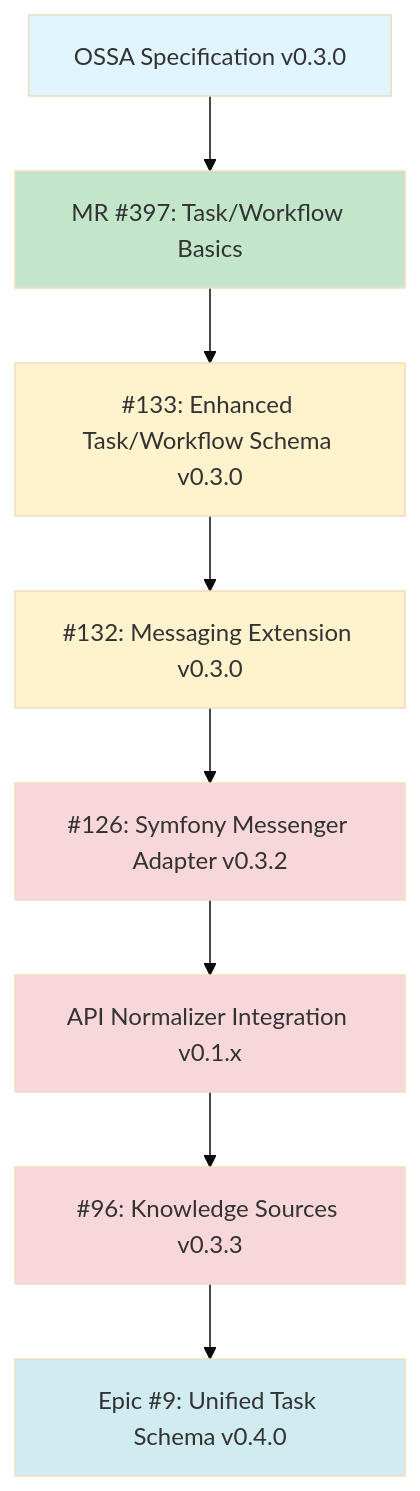
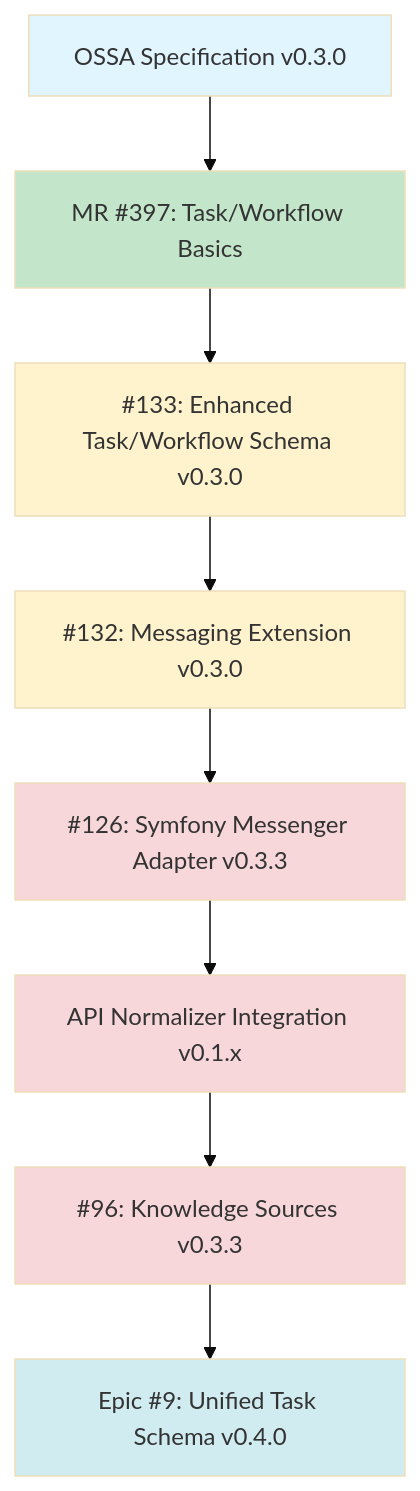
One commit to blueflyio/openstandardagents changed the diagram in docs/roadmap/v0.3.x-to-v0.4.0.md. Above: the diagram before and after it, drawn with Mermaid (base theme). The commit also changed other lines of this file and 238 other files, not shown here.

````diff
--- a/docs/roadmap/v0.3.x-to-v0.4.0.md
+++ b/docs/roadmap/v0.3.x-to-v0.4.0.md
@@ -58,19 +58,19 @@
 ```mermaid
 graph TD
     A[OSSA Specification v0.3.0] --> B[MR #397: Task/Workflow Basics]
     B --> C[#133: Enhanced Task/Workflow Schema v0.3.0]
     C --> D[#132: Messaging Extension v0.3.0]
-    D --> E[#126: Symfony Messenger Adapter v0.3.2]
+    D --> E[#126: Symfony Messenger Adapter v0.3.3]
     E --> F[API Normalizer Integration v0.1.x]
     F --> G[#96: Knowledge Sources v0.3.3]
     G --> H[Epic #9: Unified Task Schema v0.4.0]
     
     style A fill:#e1f5ff
     style B fill:#c3e6cb
     style C fill:#fff3cd
     style D fill:#fff3cd
     style E fill:#f8d7da
     style F fill:#f8d7da
     style G fill:#f8d7da
     style H fill:#d1ecf1
 ```
````
